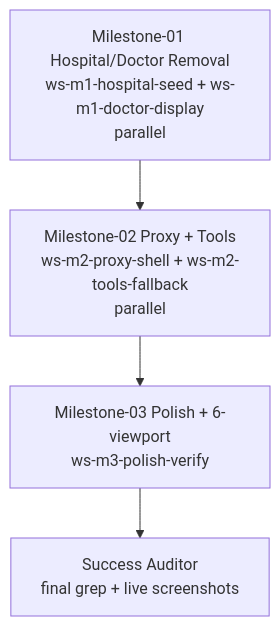
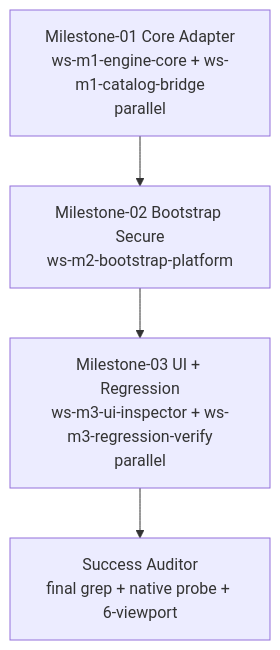
The diagram in .teamwork/plan.md (sujalmh/HealthBook), drawn with Mermaid before and after one commit. The commit also changed other lines of this file and 103 other files, not shown here.

````diff
--- a/.teamwork/plan.md
+++ b/.teamwork/plan.md
@@ -48,6 +69,6 @@
 ```mermaid
 graph TD
-  M1[Milestone-01 Hospital/Doctor Removal<br/>ws-m1-hospital-seed + ws-m1-doctor-display<br/>parallel] --> M2[Milestone-02 Proxy + Tools<br/>ws-m2-proxy-shell + ws-m2-tools-fallback<br/>parallel]
-  M2 --> M3[Milestone-03 Polish + 6-viewport<br/>ws-m3-polish-verify]
-  M3 --> SA[Success Auditor<br/>final grep + live screenshots]
+  M1[Milestone-01 Core Adapter<br/>ws-m1-engine-core + ws-m1-catalog-bridge<br/>parallel] --> M2[Milestone-02 Bootstrap Secure<br/>ws-m2-bootstrap-platform]
+  M2 --> M3[Milestone-03 UI + Regression<br/>ws-m3-ui-inspector + ws-m3-regression-verify<br/>parallel]
+  M3 --> SA[Success Auditor<br/>final grep + native probe + 6-viewport]
 ```
````
